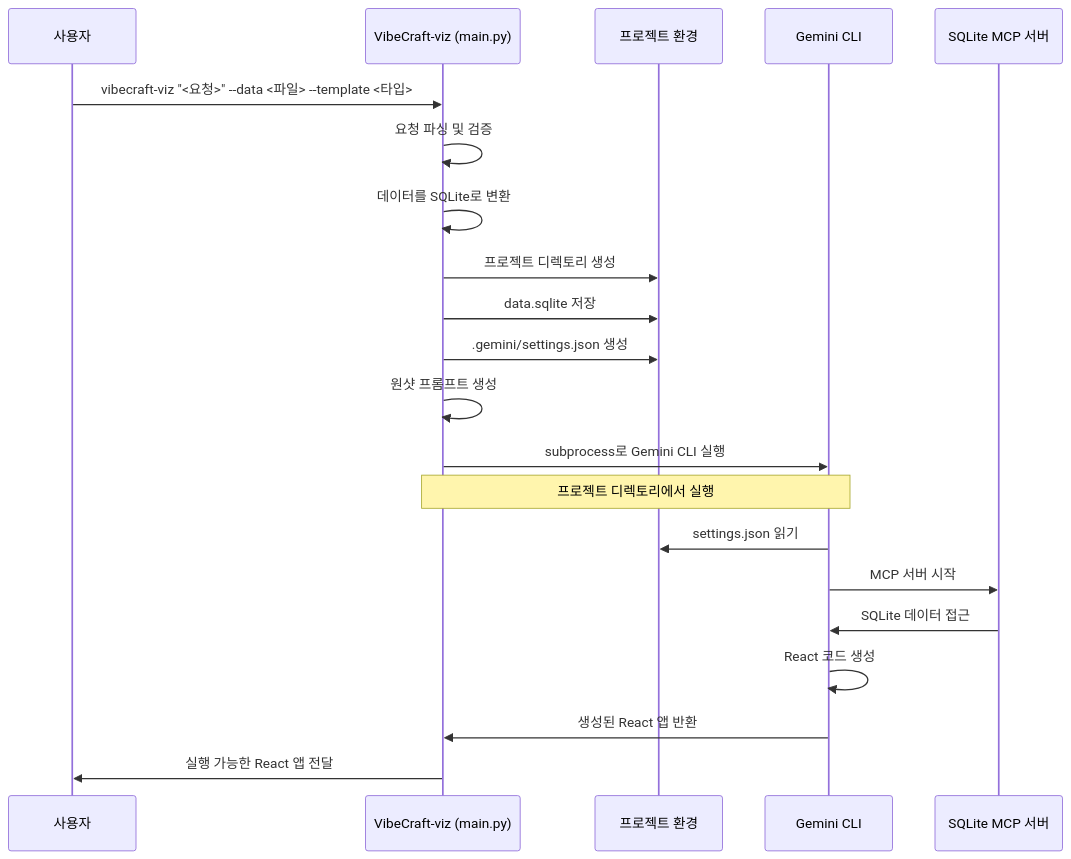
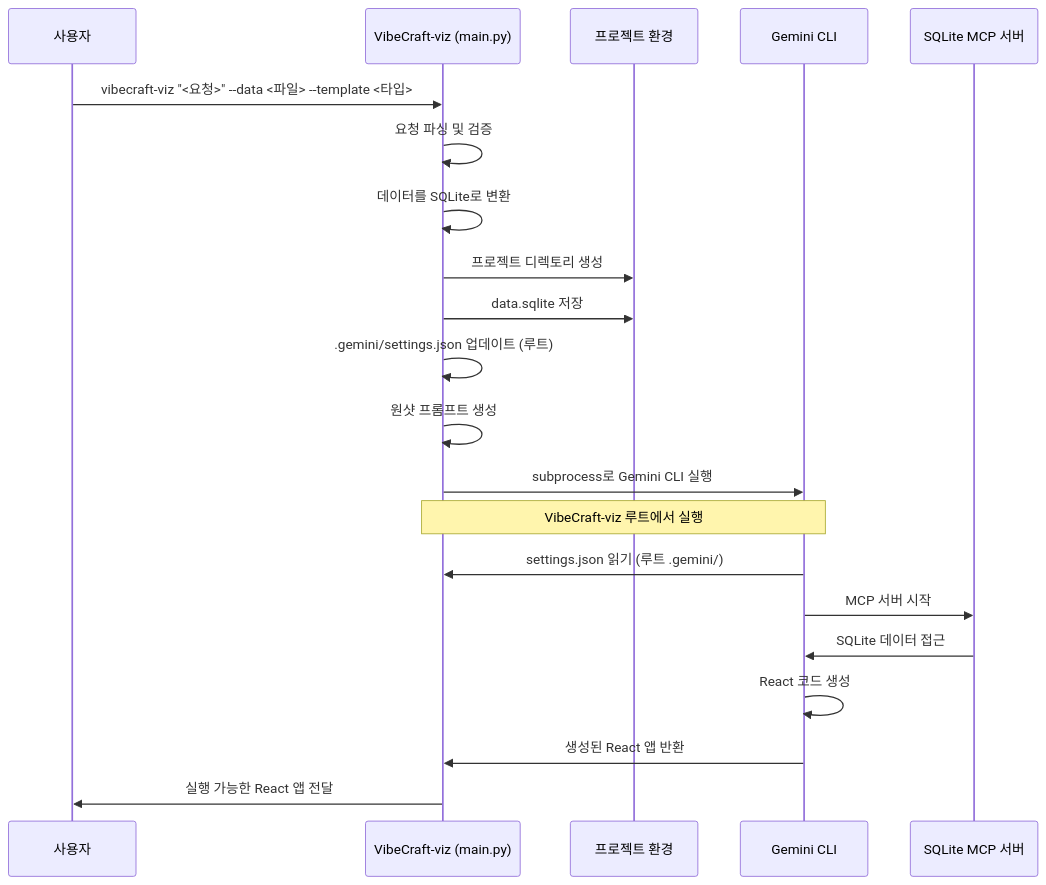
One commit to vibecraft25/VibeCraft-Agent changed the fourth of 5 diagrams in gemini-cli-data-visualization-report.md. Above: the diagram before and after it, drawn with Mermaid. The commit also changed other lines of this file and 1 other file, not shown here.

Commit message:
docs: VibeCraft-viz의 .gemini/settings.json 업데이트 및 루트 디렉토리 구조 설명 추가

````diff
--- a/gemini-cli-data-visualization-report.md
+++ b/gemini-cli-data-visualization-report.md
@@ -567,24 +570,24 @@
 ```mermaid
 sequenceDiagram
     participant U as 사용자
     participant V as VibeCraft-viz (main.py)
     participant P as 프로젝트 환경
     participant G as Gemini CLI
     participant S as SQLite MCP 서버
     
     U->>V: vibecraft-viz "<요청>" --data <파일> --template <타입>
     V->>V: 요청 파싱 및 검증
     V->>V: 데이터를 SQLite로 변환
     V->>P: 프로젝트 디렉토리 생성
     V->>P: data.sqlite 저장
-    V->>P: .gemini/settings.json 생성
+    V->>V: .gemini/settings.json 업데이트 (루트)
     V->>V: 원샷 프롬프트 생성
     V->>G: subprocess로 Gemini CLI 실행
-    Note over V,G: 프로젝트 디렉토리에서 실행
-    G->>P: settings.json 읽기
+    Note over V,G: VibeCraft-viz 루트에서 실행
+    G->>V: settings.json 읽기 (루트 .gemini/)
     G->>S: MCP 서버 시작
     S->>G: SQLite 데이터 접근
     G->>G: React 코드 생성
     G->>V: 생성된 React 앱 반환
     V->>U: 실행 가능한 React 앱 전달
 ```
````
